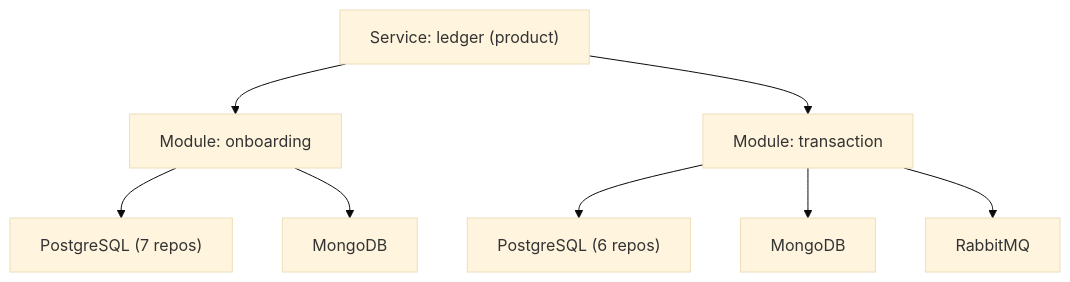
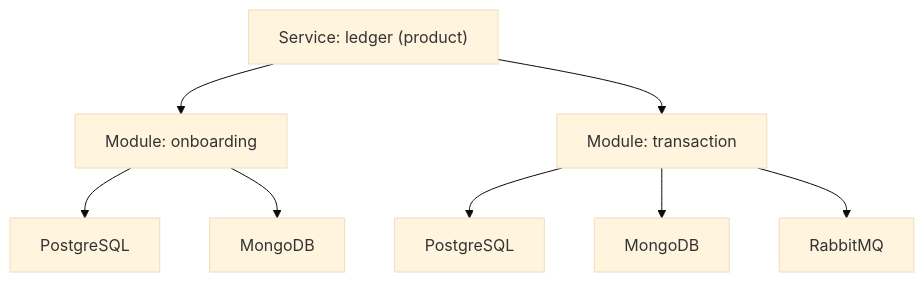
The diagram in dev-team/skills/dev-service-discovery/SKILL.md (rodrigodh/ring), drawn with Mermaid (base theme) before and after one commit. The commit also changed other lines of this file, not shown here.

````diff
--- a/dev-team/skills/dev-service-discovery/SKILL.md
+++ b/dev-team/skills/dev-service-discovery/SKILL.md
@@ -249,11 +264,11 @@
 ```mermaid
 graph TD
     S["Service: ledger (product)"]
     S --> M1["Module: onboarding"]
     S --> M2["Module: transaction"]
-    M1 --> R1["PostgreSQL (7 repos)"]
+    M1 --> R1["PostgreSQL"]
     M1 --> R2["MongoDB"]
-    M2 --> R3["PostgreSQL (6 repos)"]
+    M2 --> R3["PostgreSQL"]
     M2 --> R4["MongoDB"]
     M2 --> R5["RabbitMQ"]
 ```
````
